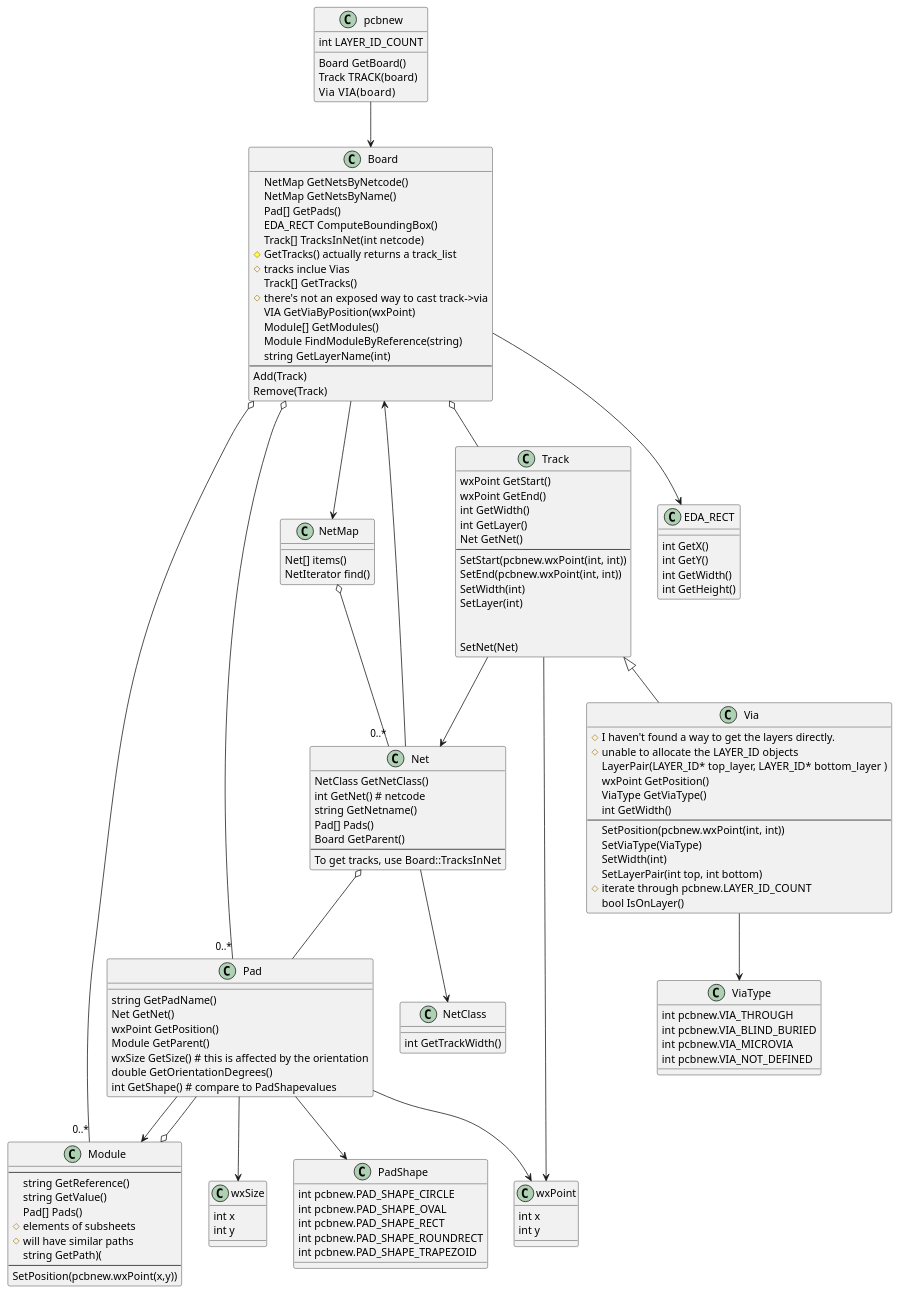
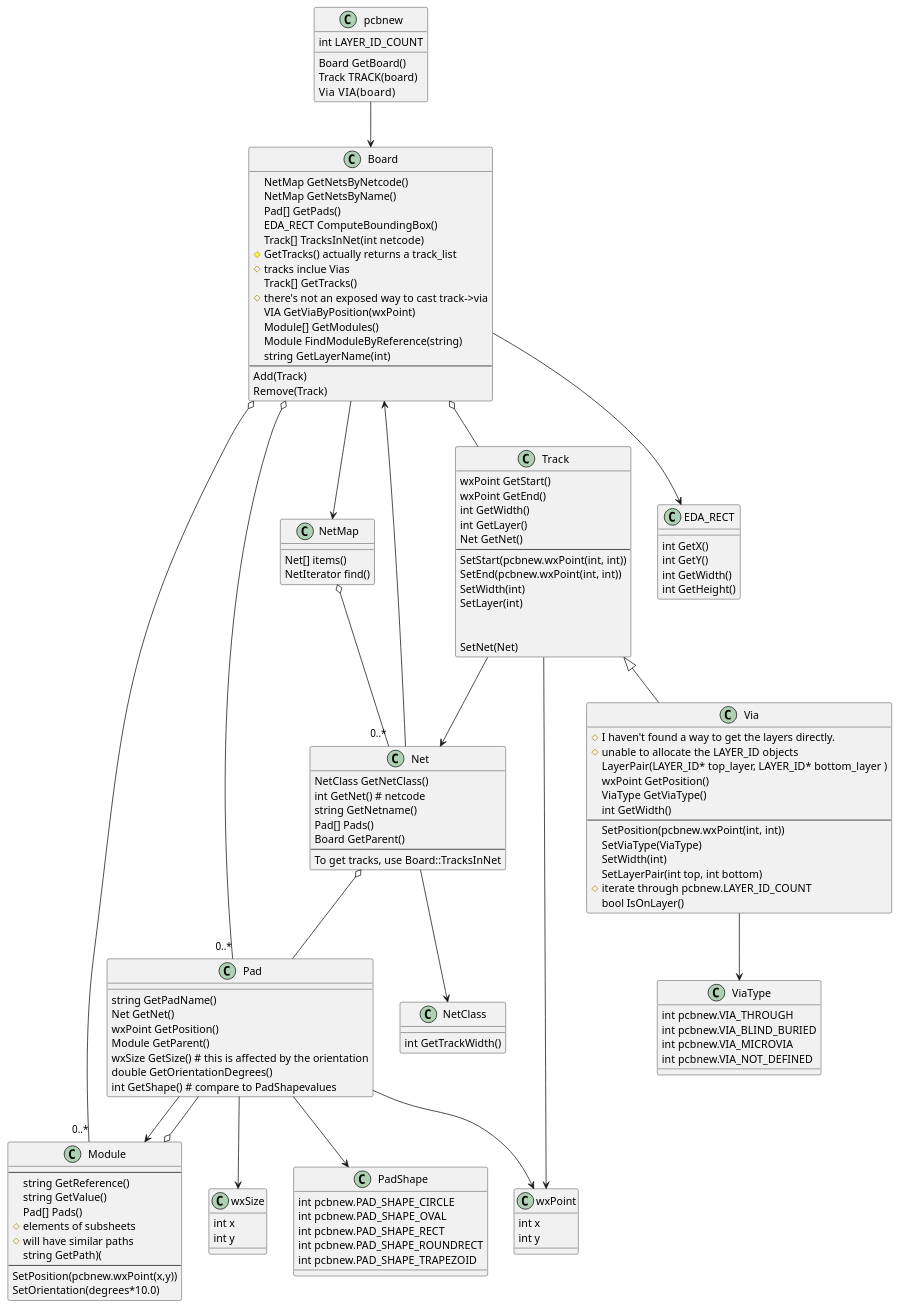
The diagram in plantuml/pcbnew_uml.puml (mmccoo/kicad_mmccoo), drawn with PlantUML before and after one commit. The commit also changed 4 other files, not shown here.

```diff
--- a/plantuml/pcbnew_uml.puml
+++ b/plantuml/pcbnew_uml.puml
@@ -16,153 +16,154 @@
 @startuml
 
 pcbnew --> Board
 Board --> NetMap
 Board o-- "0..*" Pad
 Board o-- "0..*" Module
 NetMap o-- "0..*" Net
 Pad --> wxPoint
 Pad --> Module
 Pad --> wxSize
 Pad --> PadShape
 Board --> EDA_RECT
 Board o-- Track
 Module o-- Pad
 Net --> NetClass
 Net o-- Pad
 Net --> Board
 Track --> Net
 Track --> wxPoint
 
 Track <|-- Via
 Via --> ViaType
 
 class pcbnew {
       Board GetBoard()
       Track TRACK(board)
       Via   VIA(board)
       
       int LAYER_ID_COUNT
 }
 
 class Board {
       NetMap GetNetsByNetcode()
       NetMap GetNetsByName()
       Pad[] GetPads()
       EDA_RECT ComputeBoundingBox()
       Track[] TracksInNet(int netcode)
       # GetTracks() actually returns a track_list
       # tracks inclue Vias
       Track[] GetTracks()
       # there's not an exposed way to cast track->via
       VIA GetViaByPosition(wxPoint)
       Module[] GetModules()
       Module FindModuleByReference(string)
       string GetLayerName(int)
       --
       Add(Track)
       Remove(Track)
 }
 
 class Pad  {
       string GetPadName()
       Net GetNet()
       wxPoint GetPosition()
       Module GetParent()
       wxSize GetSize() # this is affected by the orientation
       double GetOrientationDegrees()
       int GetShape() # compare to PadShapevalues
 }
 
 class Module {
 --
       string GetReference()
       string GetValue()
       Pad[] Pads()
       # elements of subsheets
       # will have similar paths
       string GetPath)(
 --
       SetPosition(pcbnew.wxPoint(x,y))
+      SetOrientation(degrees*10.0)
 }
 
 class NetMap {
       Net[] items()
       NetIterator find()
 }
 
 class Net {
   NetClass GetNetClass()
   int GetNet() # netcode
   string GetNetname()
   Pad[] Pads()
   Board GetParent()
   --
   To get tracks, use Board::TracksInNet
 }
 
 NetClass : int GetTrackWidth()
 
 class wxPoint {
       int x
       int y
 }
 
 class wxSize {
       int x
       int y
 }
 
 class EDA_RECT {
       int GetX()
       int GetY()
       int GetWidth()
       int GetHeight()
 }
 
 class Track {
       wxPoint GetStart()
       wxPoint GetEnd()
       int GetWidth()
       int GetLayer()
       Net GetNet()
       --
       SetStart(pcbnew.wxPoint(int, int))
       SetEnd(pcbnew.wxPoint(int, int))
       SetWidth(int)
       SetLayer(int)
 
 
       SetNet(Net)
 }
 
 class Via {
    # I haven't found a way to get the layers directly.
    # unable to allocate the LAYER_ID objects
    LayerPair(LAYER_ID* top_layer, LAYER_ID* bottom_layer )
    wxPoint GetPosition()
    ViaType GetViaType()
    int GetWidth()
    --
    SetPosition(pcbnew.wxPoint(int, int))
    SetViaType(ViaType)
    SetWidth(int)
    SetLayerPair(int top, int bottom)
    # iterate through pcbnew.LAYER_ID_COUNT
    bool IsOnLayer()
 }
 
 class PadShape {
     int pcbnew.PAD_SHAPE_CIRCLE
     int pcbnew.PAD_SHAPE_OVAL
     int pcbnew.PAD_SHAPE_RECT
     int pcbnew.PAD_SHAPE_ROUNDRECT
     int pcbnew.PAD_SHAPE_TRAPEZOID
 }
 
 class ViaType {
     int pcbnew.VIA_THROUGH     
     int pcbnew.VIA_BLIND_BURIED
     int pcbnew.VIA_MICROVIA    
     int pcbnew.VIA_NOT_DEFINED
 }
 @enduml
```
